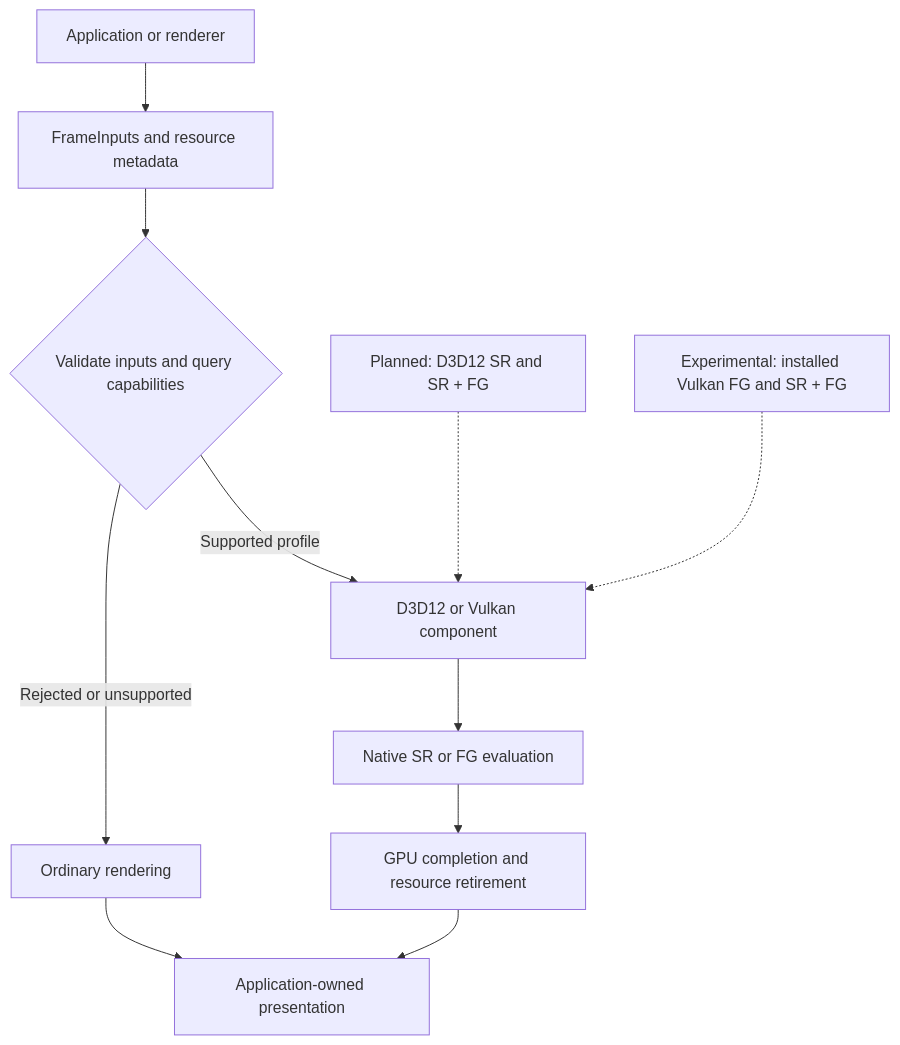
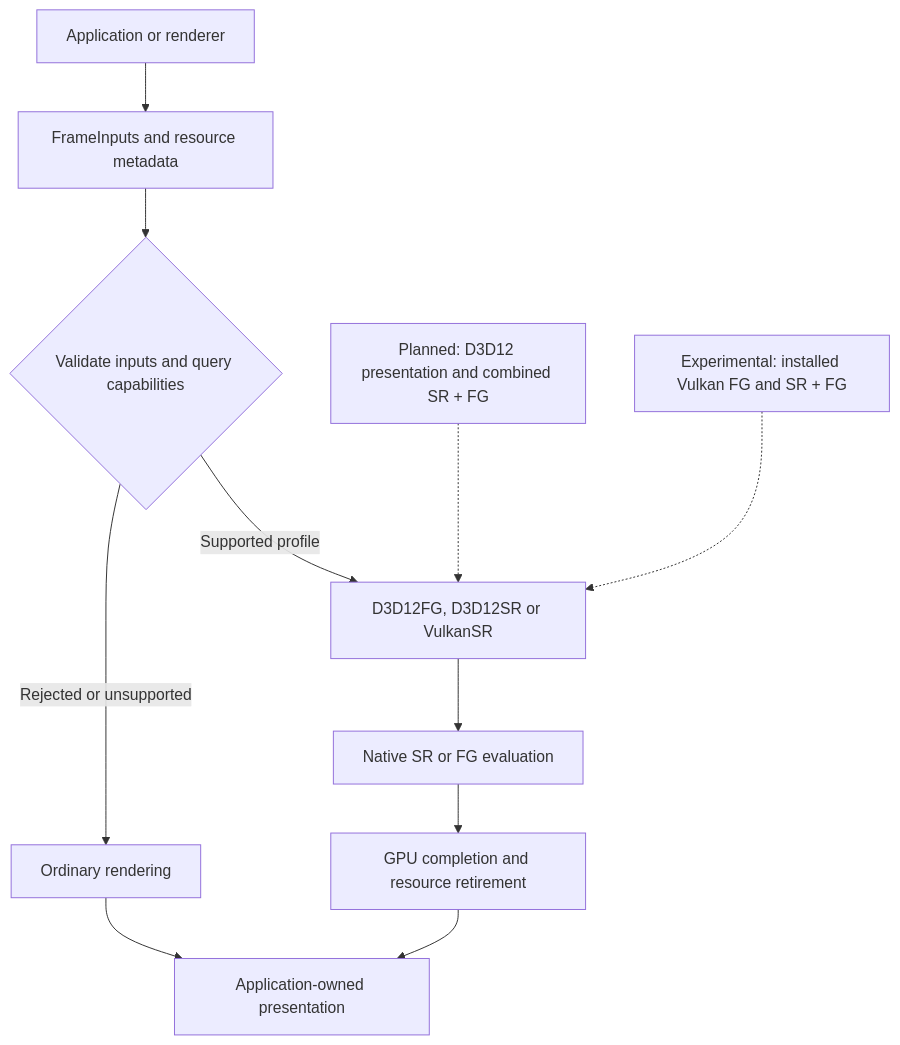
The diagram in README.md (5headsmartbtw/leonida-framelab), drawn with Mermaid before and after one commit. The commit also changed other lines of this file and 11 other files, not shown here.

````diff
--- a/README.md
+++ b/README.md
@@ -30,13 +32,13 @@
 ```mermaid
 flowchart TD
     A["Application or renderer"] --> B["FrameInputs and resource metadata"]
     B --> C{"Validate inputs and query capabilities"}
-    C -->|Supported profile| D["D3D12 or Vulkan component"]
+    C -->|Supported profile| D["D3D12FG, D3D12SR or VulkanSR"]
     D --> E["Native SR or FG evaluation"]
     E --> F["GPU completion and resource retirement"]
     F --> G["Application-owned presentation"]
     C -->|Rejected or unsupported| R["Ordinary rendering"]
     R --> G
-    P["Planned: D3D12 SR and SR + FG"] -.-> D
+    P["Planned: D3D12 presentation and combined SR + FG"] -.-> D
     X["Experimental: installed Vulkan FG and SR + FG"] -.-> D
 ```
````
